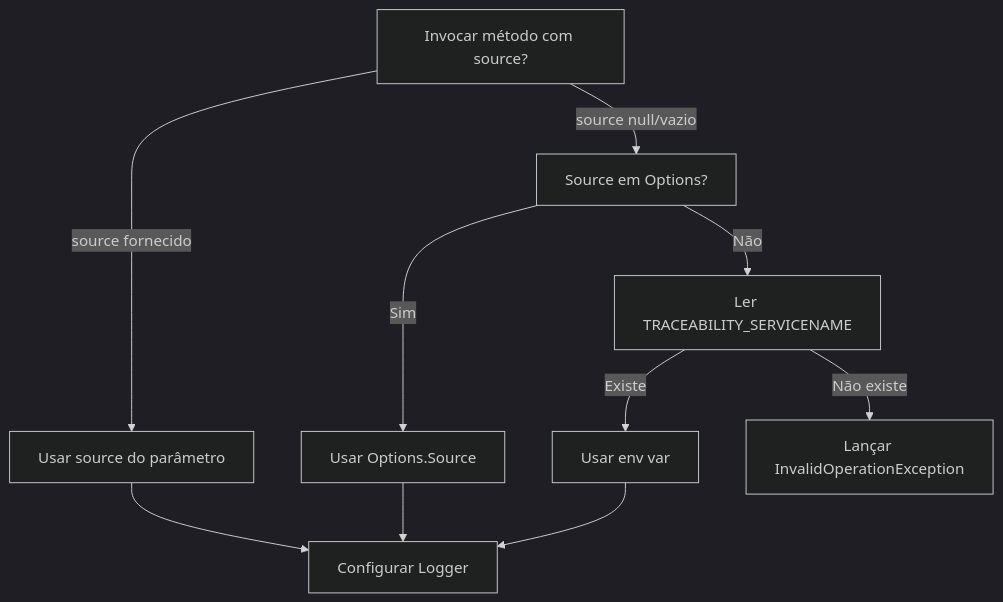
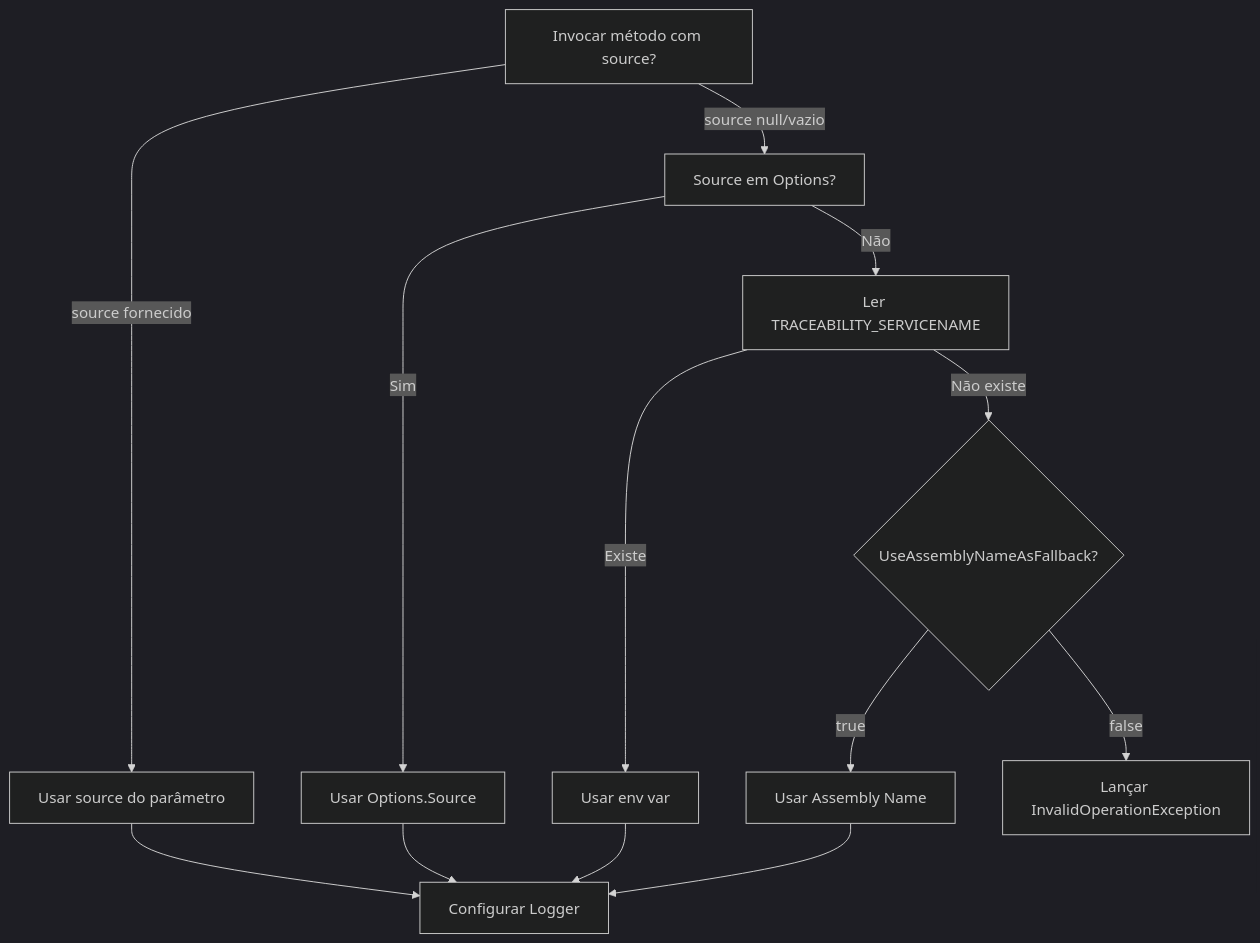
One commit to whitebeardit/traceability changed the third of 8 diagrams in AGENTS.md. Above: the diagram before and after it, drawn with Mermaid (dark theme). The commit also changed other lines of this file and 2 other files, not shown here.

````diff
--- a/AGENTS.md
+++ b/AGENTS.md
@@ -683,12 +689,15 @@
 ```mermaid
 graph TD
     A[Invocar método com source?] -->|source fornecido| B[Usar source do parâmetro]
     A -->|source null/vazio| C[Source em Options?]
     C -->|Sim| D[Usar Options.Source]
     C -->|Não| E[Ler TRACEABILITY_SERVICENAME]
     E -->|Existe| F[Usar env var]
-    E -->|Não existe| G[Lançar InvalidOperationException]
-    B --> H[Configurar Logger]
-    D --> H
-    F --> H
+    E -->|Não existe| G{UseAssemblyNameAsFallback?}
+    G -->|true| H[Usar Assembly Name]
+    G -->|false| I[Lançar InvalidOperationException]
+    B --> J[Configurar Logger]
+    D --> J
+    F --> J
+    H --> J
 ```
````
